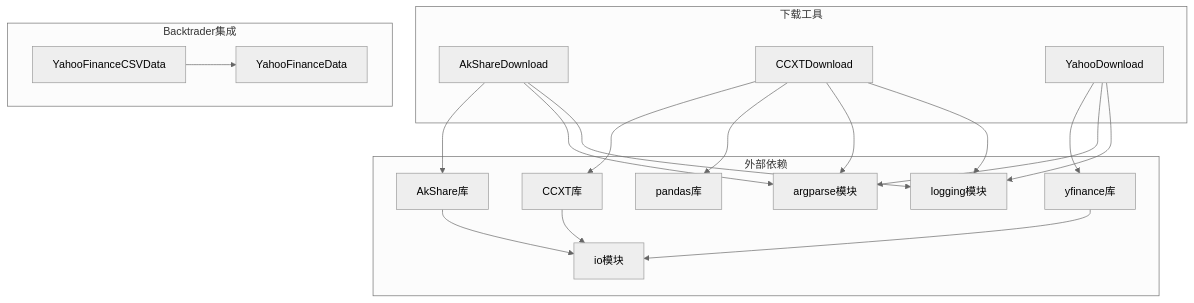
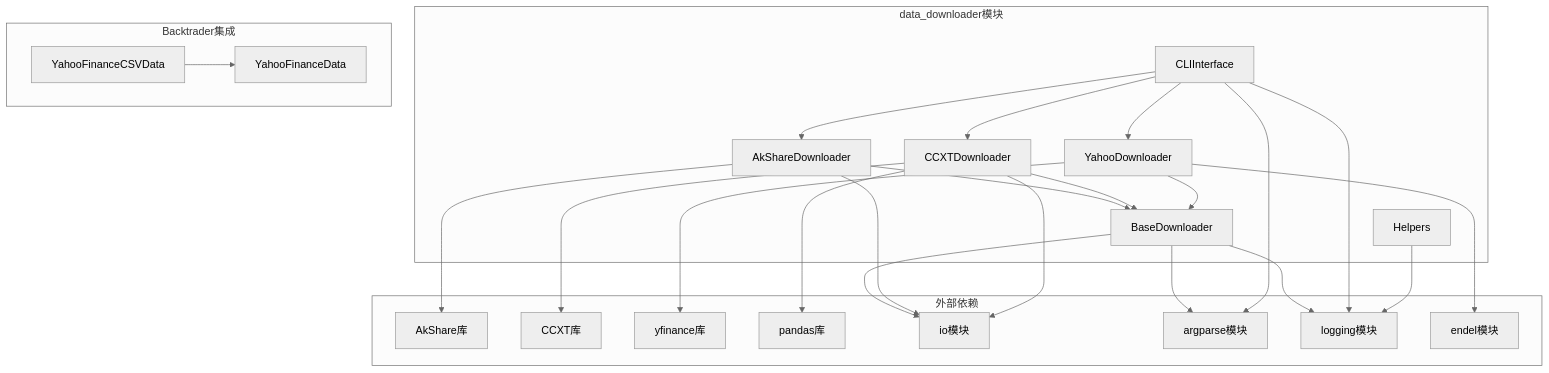
One commit to bench-prog/backtrader changed the seventh of 7 diagrams in .qoder/repowiki/zh/content/Download Tool.md. Above: the diagram before and after it, drawn with Mermaid (neutral theme). The commit also changed other lines of this file and 23 other files, not shown here.

````diff
--- a/.qoder/repowiki/zh/content/Download Tool.md
+++ b/.qoder/repowiki/zh/content/Download Tool.md
@@ -336,35 +401,45 @@
 ```mermaid
 graph TB
-subgraph "下载工具"
-AS[AkShareDownload]
-CC[CCXTDownload]
-YD[YahooDownload]
+subgraph "data_downloader模块"
+BASE[BaseDownloader]
+AK[AkShareDownloader]
+CC[CCXTDownloader]
+YD[YahooDownloader]
+CLI[CLIInterface]
+HELP[Helpers]
 end
 subgraph "外部依赖"
-AK[AkShare库]
-CCXT[CCXT库]
-YF[yfinance库]
-PD[pandas库]
+AK_LIB[AkShare库]
+CCXT_LIB[CCXT库]
+YF_LIB[yfinance库]
+PANDAS[pandas库]
 IO[io模块]
 ARG[argparse模块]
 LOG[logging模块]
+ENDL[endel模块]
 end
 subgraph "Backtrader集成"
 YF_CSV[YahooFinanceCSVData]
 YF_DATA[YahooFinanceData]
 end
-AS --> AK
-CC --> CCXT
-CC --> PD
-YD --> YF
+BASE --> IO
+BASE --> ARG
+BASE --> LOG
+AK --> BASE
+AK --> AK_LIB
 AK --> IO
-CCXT --> IO
-YF --> IO
-AS --> ARG
-CC --> ARG
-YD --> ARG
-AS --> LOG
-CC --> LOG
-YD --> LOG
+CC --> BASE
+CC --> CCXT_LIB
+CC --> PANDAS
+CC --> IO
+YD --> BASE
+YD --> YF_LIB
+YD --> ENDL
+CLI --> AK
+CLI --> CC
+CLI --> YD
+CLI --> ARG
+CLI --> LOG
+HELP --> LOG
 YF_CSV --> YF_DATA
 ```
````
